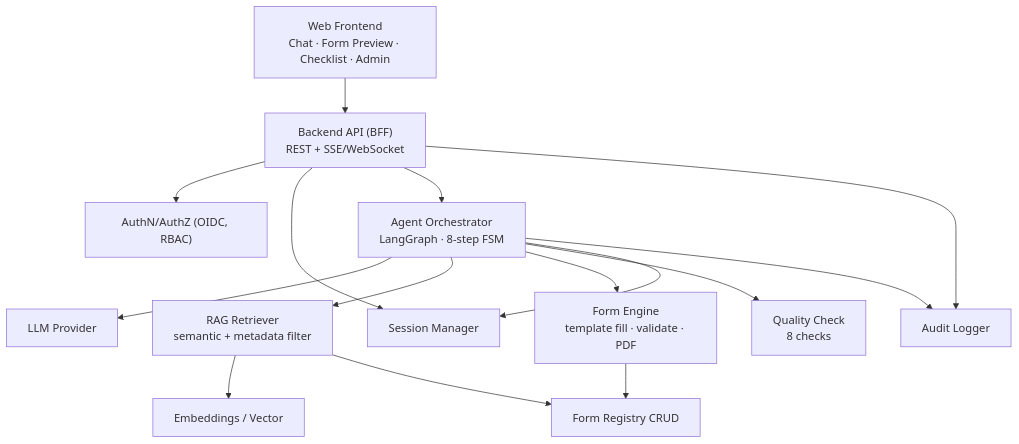
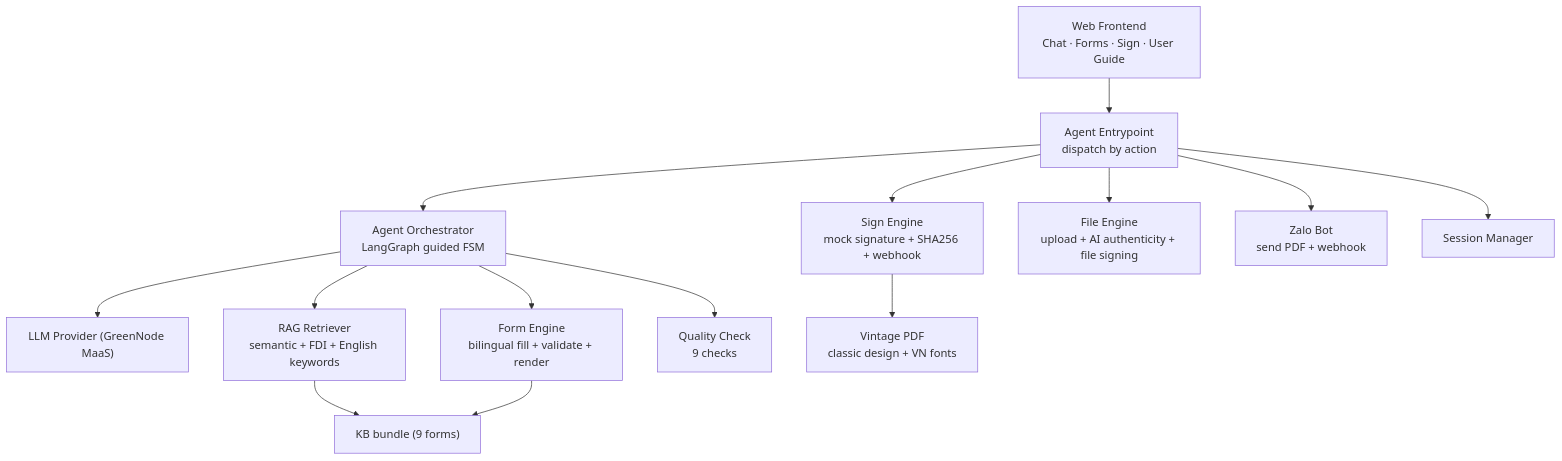
The second of 4 diagrams in docs/02-architecture.md (trungnguyen950/AILaSP_hackathonMSB), drawn with Mermaid before and after one commit. The commit also changed other lines of this file and 4 other files, not shown here.

Commit message:
docs: update all SAD docs to reflect actual v1.0 state (6 personas, 9 forms, guided flow, /forms /sign /user-guide, Zalo bot, bilingual, session isolation, vintage PDF)

````diff
--- a/docs/02-architecture.md
+++ b/docs/02-architecture.md
@@ -56,30 +53,27 @@
 ```mermaid
 graph TB
-  FE["Web Frontend<br/>Chat · Form Preview · Checklist · Admin"]
-  API["Backend API (BFF)<br/>REST + SSE/WebSocket"]
-  AG["Agent Orchestrator<br/>LangGraph · 8-step FSM"]
-  RAG["RAG Retriever<br/>semantic + metadata filter"]
-  QC["Quality Check<br/>8 checks"]
-  FORM["Form Engine<br/>template fill · validate · PDF"]
-  REG["Form Registry CRUD"]
-  VEC["Embeddings / Vector"]
+  FE["Web Frontend<br/>Chat · Forms · Sign · User Guide"]
+  APP["Agent Entrypoint<br/>dispatch by action"]
+  AG["Agent Orchestrator<br/>LangGraph guided FSM"]
+  RAG["RAG Retriever<br/>semantic + FDI + English keywords"]
+  QC["Quality Check<br/>9 checks"]
+  FORM["Form Engine<br/>bilingual fill + validate + render"]
+  SIGN["Sign Engine<br/>mock signature + SHA256 + webhook"]
+  FILE["File Engine<br/>upload + AI authenticity + file signing"]
+  VINT["Vintage PDF<br/>classic design + VN fonts"]
+  ZALO["Zalo Bot<br/>send PDF + webhook"]
+  KB["KB bundle (9 forms)"]
   SES["Session Manager"]
-  AUTH["AuthN/AuthZ (OIDC, RBAC)"]
-  AUD["Audit Logger"]
-  LLM["LLM Provider"]
+  LLM["LLM Provider (GreenNode MaaS)"]
 
-  FE --> API
-  API --> AUTH
-  API --> SES
-  API --> AG
+  FE --> APP
+  APP --> AG
   AG --> LLM
-  AG --> RAG
-  AG --> FORM
+  AG --> RAG --> KB
+  AG --> FORM --> KB
   AG --> QC
-  AG --> SES
-  RAG --> VEC
-  RAG --> REG
-  FORM --> REG
-  API --> AUD
-  AG --> AUD
+  APP --> SIGN --> VINT
+  APP --> FILE
+  APP --> ZALO
+  APP --> SES
 ```
````
